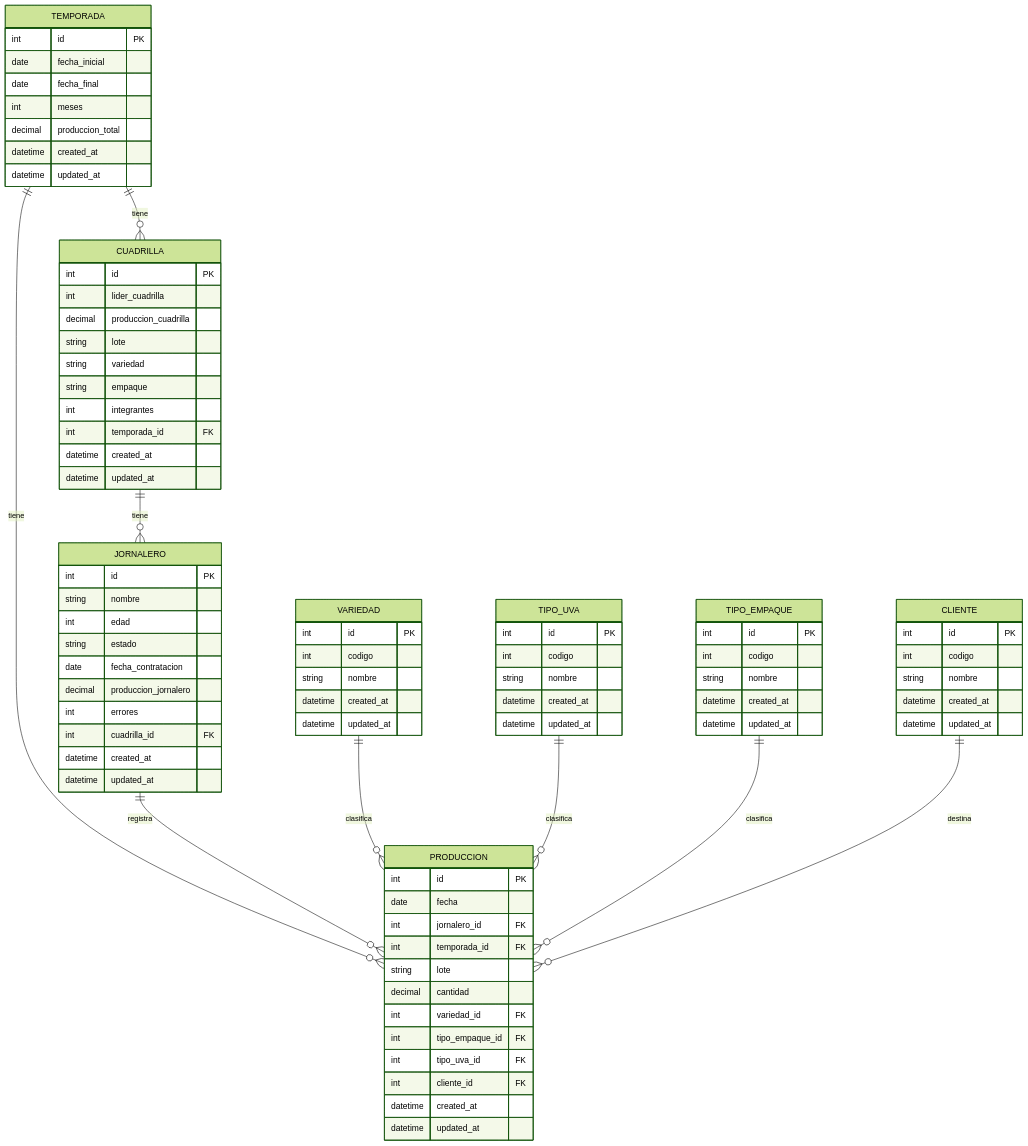
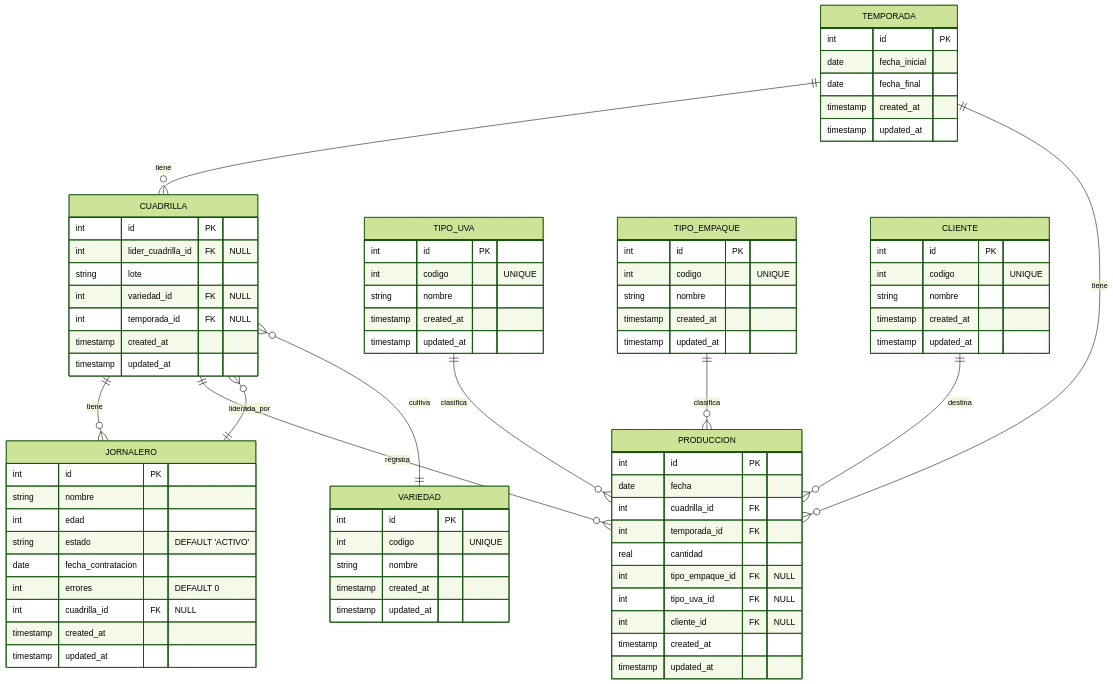
The diagram in docs/nase_db_diagram.md (JulianJ-mtz/nase_app_tauri), drawn with Mermaid (forest theme) before and after one commit. The commit also changed other lines of this file and 2 other files, not shown here.

Commit message:
change db diagrams

```diff
--- a/docs/nase_db_diagram.md
+++ b/docs/nase_db_diagram.md
@@ -6,90 +6,83 @@
         int id PK
         date fecha_inicial
         date fecha_final
-        int meses
-        decimal produccion_total
-        datetime created_at
-        datetime updated_at
+        timestamp created_at
+        timestamp updated_at
     }
     
     CUADRILLA {
         int id PK
-        int lider_cuadrilla
-        decimal produccion_cuadrilla
+        int lider_cuadrilla_id FK "NULL"
         string lote
-        string variedad
-        string empaque
-        int integrantes
-        int temporada_id FK
-        datetime created_at
-        datetime updated_at
+        int variedad_id FK "NULL"
+        int temporada_id FK "NULL"
+        timestamp created_at
+        timestamp updated_at
     }
     
     JORNALERO {
         int id PK
         string nombre
         int edad
-        string estado
+        string estado "DEFAULT 'ACTIVO'"
         date fecha_contratacion
-        decimal produccion_jornalero
-        int errores
-        int cuadrilla_id FK
-        datetime created_at
-        datetime updated_at
+        int errores "DEFAULT 0"
+        int cuadrilla_id FK "NULL"
+        timestamp created_at
+        timestamp updated_at
     }
     
     PRODUCCION {
         int id PK
         date fecha
-        int jornalero_id FK
+        int cuadrilla_id FK
         int temporada_id FK
-        string lote
-        decimal cantidad
-        int variedad_id FK
-        int tipo_empaque_id FK
-        int tipo_uva_id FK
-        int cliente_id FK
-        datetime created_at
-        datetime updated_at
+        real cantidad
+        int tipo_empaque_id FK "NULL"
+        int tipo_uva_id FK "NULL"
+        int cliente_id FK "NULL"
+        timestamp created_at
+        timestamp updated_at
     }
     
     VARIEDAD {
         int id PK
-        int codigo
+        int codigo "UNIQUE"
         string nombre
-        datetime created_at
-        datetime updated_at
+        timestamp created_at
+        timestamp updated_at
     }
     
     TIPO_UVA {
         int id PK
-        int codigo
+        int codigo "UNIQUE"
         string nombre
-        datetime created_at
-        datetime updated_at
+        timestamp created_at
+        timestamp updated_at
     }
     
     TIPO_EMPAQUE {
         int id PK
-        int codigo
+        int codigo "UNIQUE"
         string nombre
-        datetime created_at
-        datetime updated_at
+        timestamp created_at
+        timestamp updated_at
     }
     
     CLIENTE {
         int id PK
-        int codigo
+        int codigo "UNIQUE"
         string nombre
-        datetime created_at
-        datetime updated_at
+        timestamp created_at
+        timestamp updated_at
     }
     
     TEMPORADA ||--o{ CUADRILLA : "tiene"
     TEMPORADA ||--o{ PRODUCCION : "tiene"
     CUADRILLA ||--o{ JORNALERO : "tiene"
-    JORNALERO ||--o{ PRODUCCION : "registra"
-    VARIEDAD ||--o{ PRODUCCION : "clasifica"
+    CUADRILLA ||--o{ PRODUCCION : "registra"
+    CUADRILLA }o--|| JORNALERO : "liderada_por"
+    CUADRILLA }o--|| VARIEDAD : "cultiva"
     TIPO_UVA ||--o{ PRODUCCION : "clasifica"
     TIPO_EMPAQUE ||--o{ PRODUCCION : "clasifica"
     CLIENTE ||--o{ PRODUCCION : "destina"
```
